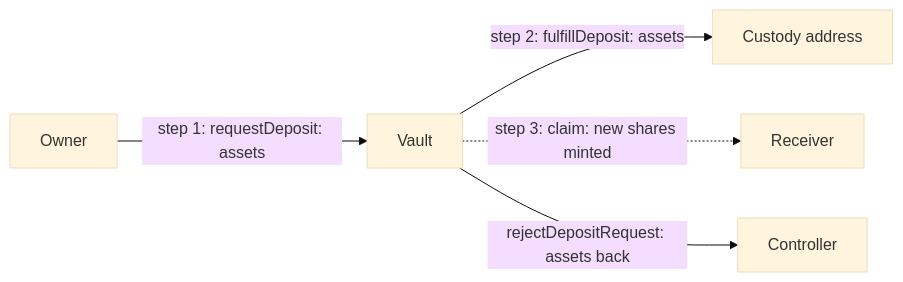
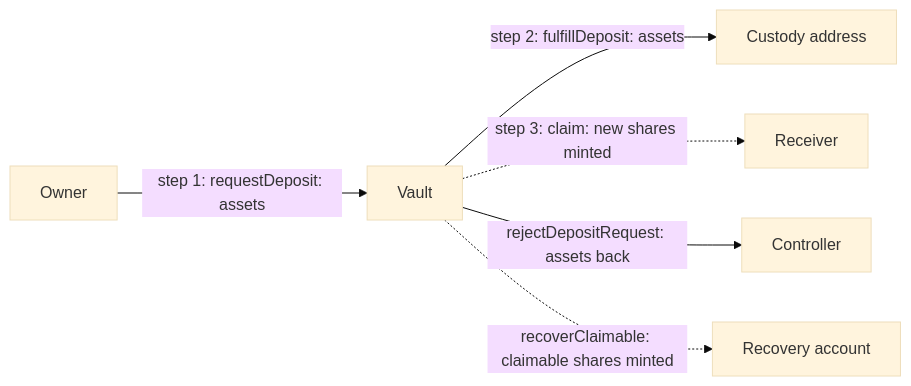
The third of 4 diagrams in docs/money.md (fepvenancio/rwa-token), drawn with Mermaid (base theme) before and after one commit. The commit also changed other lines of this file and 7 other files, not shown here.

Commit message:
docs: guides updated for v0.2.0 (recovery timelock, plain-transfer rejects, claim-time checks, recoverClaimable, full-delegate operators)

````diff
--- a/docs/money.md
+++ b/docs/money.md
@@ -70,7 +70,8 @@
 ```mermaid
 flowchart LR
   Owner["Owner"] -->|"step 1: requestDeposit: assets"| Vault["Vault"]
   Vault -->|"step 2: fulfillDeposit: assets"| Custody["Custody address"]
   Vault -.->|"step 3: claim: new shares minted"| Receiver["Receiver"]
   Vault -->|"rejectDepositRequest: assets back"| Controller["Controller"]
+  Vault -.->|"recoverClaimable: claimable shares minted"| Recovery["Recovery account"]
 ```
````
